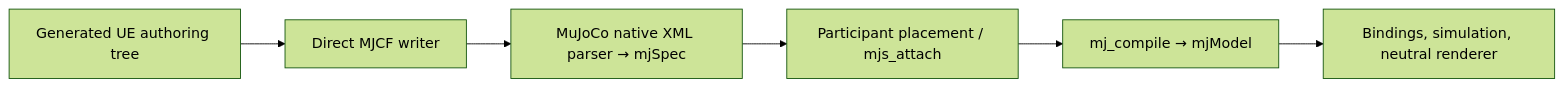
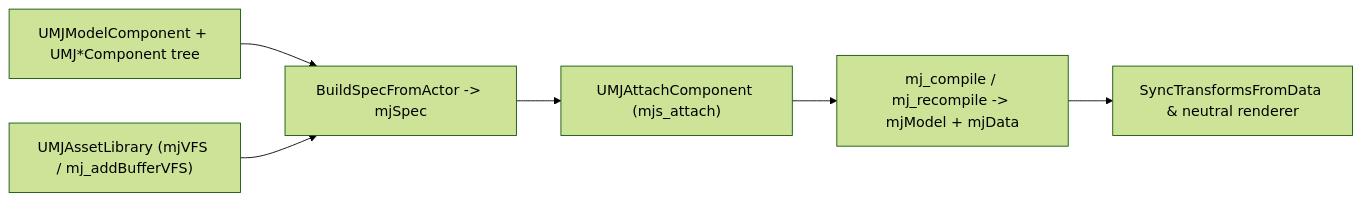
One commit to URLab-Sim/UnrealRoboticsLab changed the diagram in docs/architecture_mjspec.md. Above: the diagram before and after it, drawn with Mermaid (forest theme). The commit also changed other lines of this file and 24 other files, not shown here.

````diff
--- a/docs/architecture_mjspec.md
+++ b/docs/architecture_mjspec.md
@@ -5,8 +5,8 @@
 ```mermaid
 flowchart LR
-    UE["Generated UE authoring tree"] --> XML["Direct MJCF writer"]
-    XML --> Native["MuJoCo native XML parser → mjSpec"]
-    Native --> Scene["Participant placement / mjs_attach"]
-    Scene --> Compile["mj_compile → mjModel"]
-    Compile --> Runtime["Bindings, simulation, neutral renderer"]
+    Comps["UMJModelComponent + UMJ*Component tree"] --> Build["BuildSpecFromActor -> mjSpec"]
+    Assets["UMJAssetLibrary (mjVFS / mj_addBufferVFS)"] --> Build
+    Build --> Attach["UMJAttachComponent (mjs_attach)"]
+    Attach --> Compile["mj_compile / mj_recompile -> mjModel + mjData"]
+    Compile --> Runtime["SyncTransformsFromData & neutral renderer"]
 ```
````
